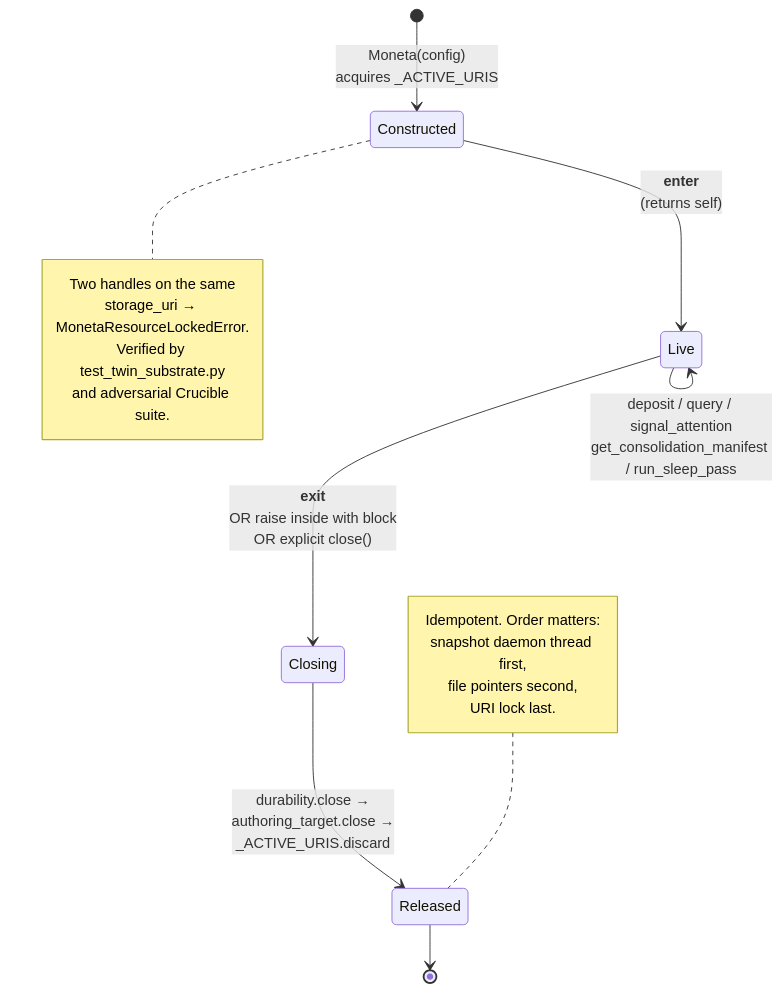
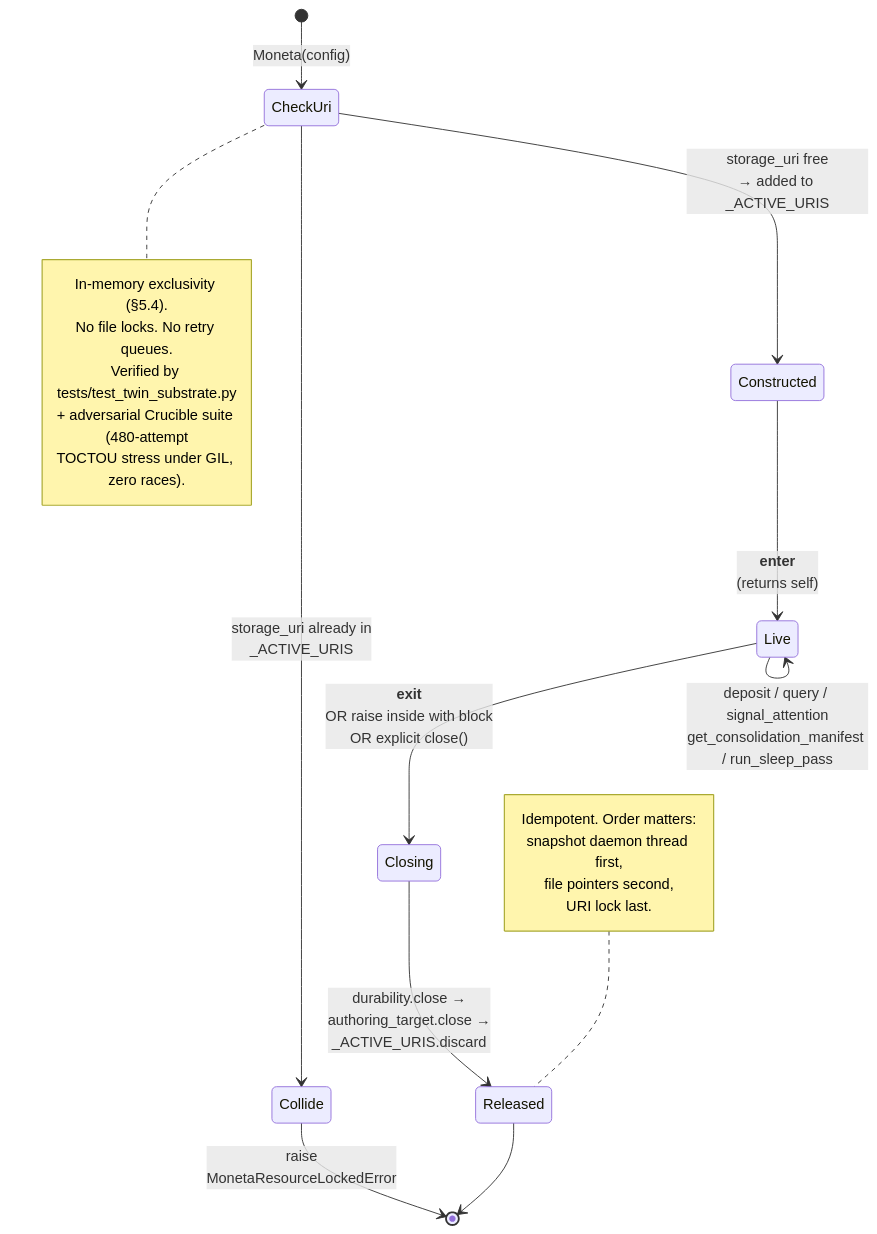
The second of 7 diagrams in README.md (JosephOIbrahim/Moneta), drawn with Mermaid before and after one commit. The commit also changed other lines of this file, not shown here.

First line of the commit message:
README: add multi-instance mermaid + handle-lifecycle collision path

````diff
--- a/README.md
+++ b/README.md
@@ -208,25 +208,29 @@
 ```mermaid
 stateDiagram-v2
-    [*] --> Constructed: Moneta(config)<br/>acquires _ACTIVE_URIS
+    [*] --> CheckUri: Moneta(config)
+    CheckUri --> Collide: storage_uri already in<br/>_ACTIVE_URIS
+    CheckUri --> Constructed: storage_uri free<br/>→ added to _ACTIVE_URIS
+    Collide --> [*]: raise<br/>MonetaResourceLockedError
 
     Constructed --> Live: __enter__<br/>(returns self)
     Live --> Live: deposit / query / signal_attention<br/>get_consolidation_manifest / run_sleep_pass
 
     Live --> Closing: __exit__<br/>OR raise inside with block<br/>OR explicit close()
     Closing --> Released: durability.close →<br/>authoring_target.close →<br/>_ACTIVE_URIS.discard
     Released --> [*]
 
-    note right of Constructed
-        Two handles on the same
-        storage_uri → MonetaResourceLockedError.
-        Verified by test_twin_substrate.py
-        and adversarial Crucible suite.
+    note right of CheckUri
+        In-memory exclusivity (§5.4).
+        No file locks. No retry queues.
+        Verified by tests/test_twin_substrate.py
+        + adversarial Crucible suite (480-attempt
+        TOCTOU stress under GIL, zero races).
     end note
 
     note left of Released
         Idempotent. Order matters:
         snapshot daemon thread first,
         file pointers second,
         URI lock last.
     end note
 ```
````
